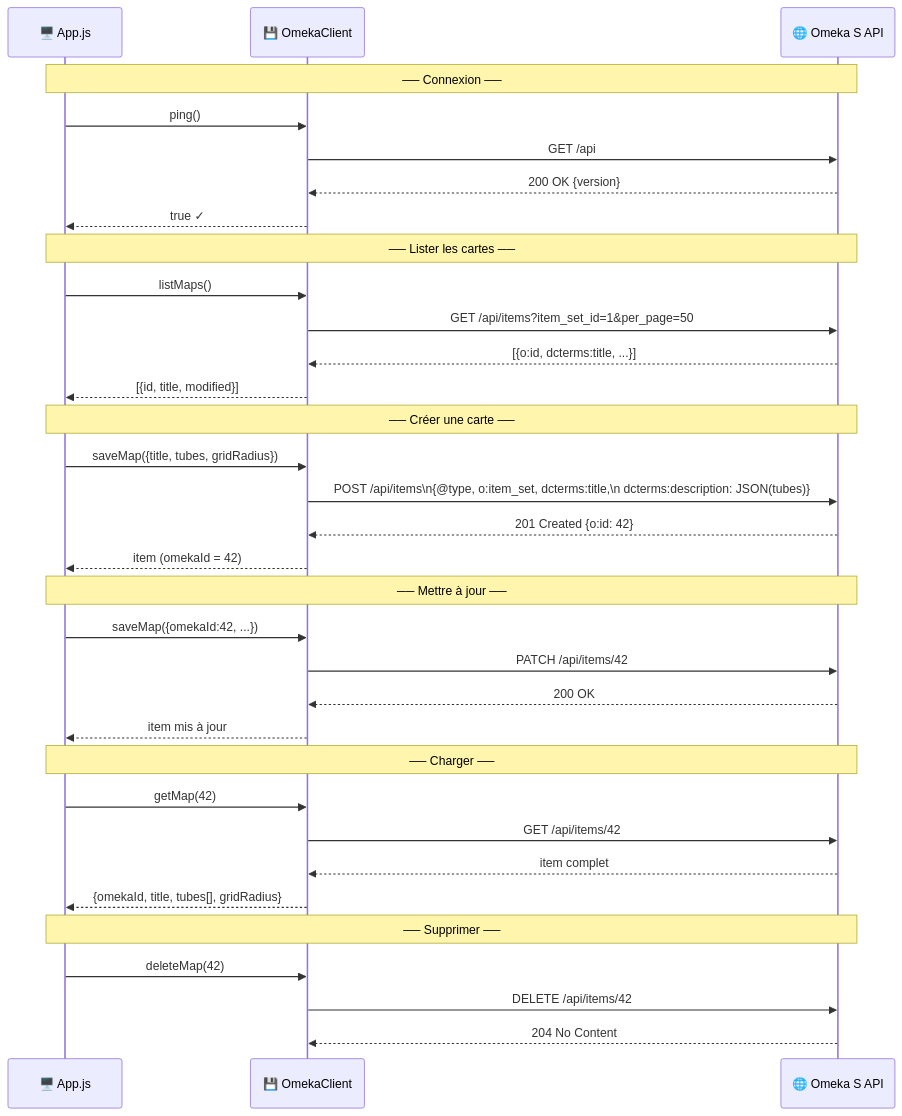
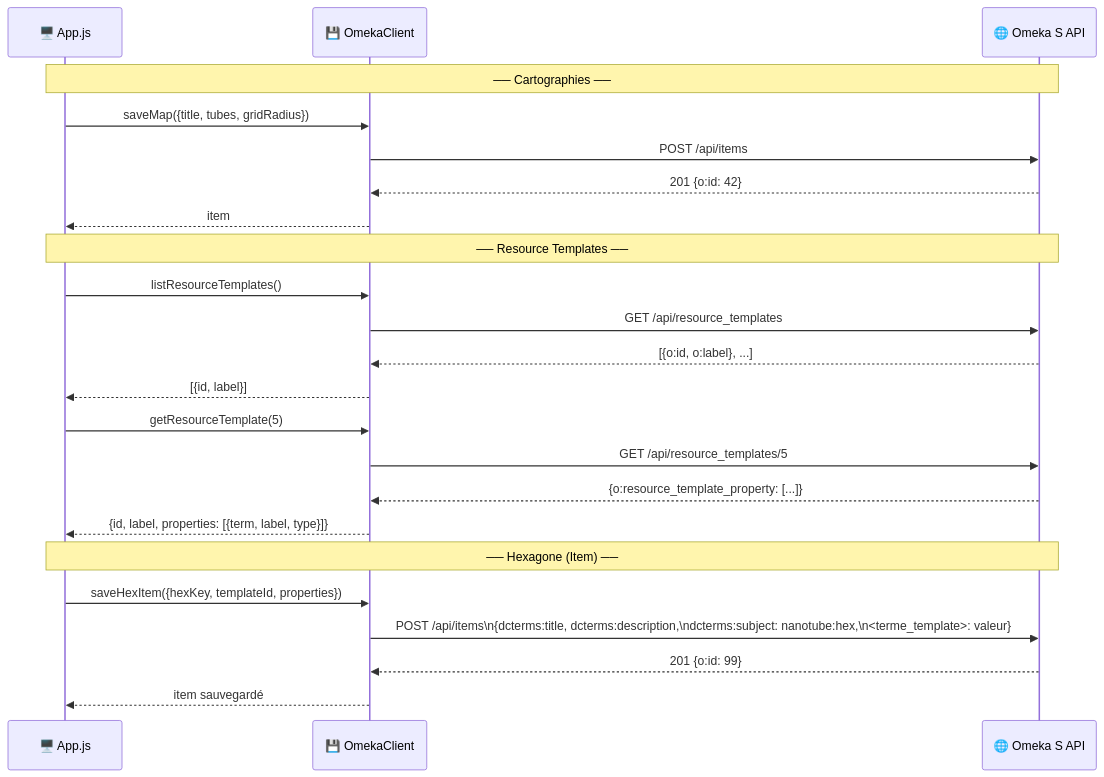
The sixth of 13 diagrams in docs/DIAGRAMS.md (samszo/nanoTubeStory), drawn with Mermaid before and after one commit. The commit also changed other lines of this file and 2 other files, not shown here.

````diff
--- a/docs/DIAGRAMS.md
+++ b/docs/DIAGRAMS.md
@@ -356,41 +323,29 @@
 ```mermaid
 sequenceDiagram
     participant App as 🖥️ App.js
     participant Client as 💾 OmekaClient
     participant REST as 🌐 Omeka S API
 
-    Note over App,REST: ── Connexion ──
-    App->>Client: ping()
-    Client->>REST: GET /api
-    REST-->>Client: 200 OK {version}
-    Client-->>App: true ✓
+    Note over App,REST: ── Cartographies ──
+    App->>Client: saveMap({title, tubes, gridRadius})
+    Client->>REST: POST /api/items
+    REST-->>Client: 201 {o:id: 42}
+    Client-->>App: item
 
-    Note over App,REST: ── Lister les cartes ──
-    App->>Client: listMaps()
-    Client->>REST: GET /api/items?item_set_id=1&per_page=50
-    REST-->>Client: [{o:id, dcterms:title, ...}]
-    Client-->>App: [{id, title, modified}]
+    Note over App,REST: ── Resource Templates ──
+    App->>Client: listResourceTemplates()
+    Client->>REST: GET /api/resource_templates
+    REST-->>Client: [{o:id, o:label}, ...]
+    Client-->>App: [{id, label}]
 
-    Note over App,REST: ── Créer une carte ──
-    App->>Client: saveMap({title, tubes, gridRadius})
-    Client->>REST: POST /api/items\n{@type, o:item_set, dcterms:title,\n dcterms:description: JSON(tubes)}
-    REST-->>Client: 201 Created {o:id: 42}
-    Client-->>App: item (omekaId = 42)
+    App->>Client: getResourceTemplate(5)
+    Client->>REST: GET /api/resource_templates/5
+    REST-->>Client: {o:resource_template_property: [...]}
+    Client-->>App: {id, label, properties: [{term, label, type}]}
 
-    Note over App,REST: ── Mettre à jour ──
-    App->>Client: saveMap({omekaId:42, ...})
-    Client->>REST: PATCH /api/items/42
-    REST-->>Client: 200 OK
-    Client-->>App: item mis à jour
-
-    Note over App,REST: ── Charger ──
-    App->>Client: getMap(42)
-    Client->>REST: GET /api/items/42
-    REST-->>Client: item complet
-    Client-->>App: {omekaId, title, tubes[], gridRadius}
-
-    Note over App,REST: ── Supprimer ──
-    App->>Client: deleteMap(42)
-    Client->>REST: DELETE /api/items/42
-    REST-->>Client: 204 No Content
+    Note over App,REST: ── Hexagone (Item) ──
+    App->>Client: saveHexItem({hexKey, templateId, properties})
+    Client->>REST: POST /api/items\n{dcterms:title, dcterms:description,\ndcterms:subject: nanotube:hex,\n<terme_template>: valeur}
+    REST-->>Client: 201 {o:id: 99}
+    Client-->>App: item sauvegardé
 ```
````
